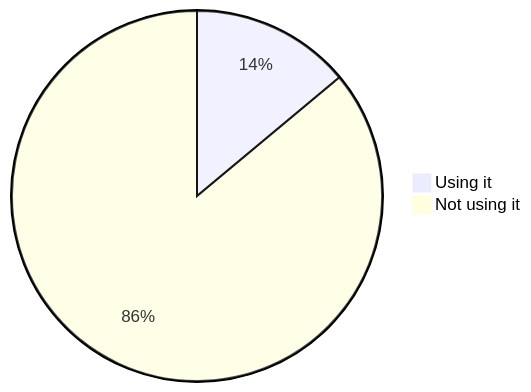
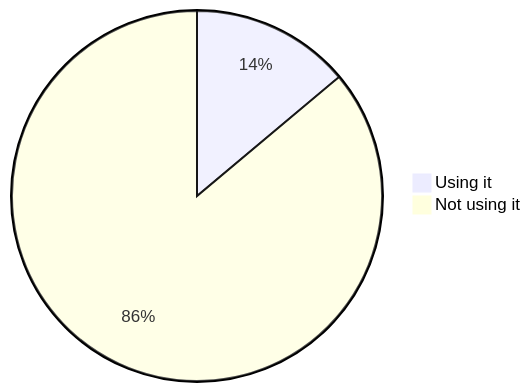
The fourth of 22 diagrams in stats.md (oshp/oshp-stats), drawn with Mermaid before and after one commit. The commit also changed other lines of this file, not shown here.

````diff
--- a/stats.md
+++ b/stats.md
@@ -46,6 +46,6 @@
 ```mermaid
 pie
-	"Using it" : 13.94
-	"Not using it" : 86.06
+	"Using it" : 13.9
+	"Not using it" : 86.1
 
 ```
````
